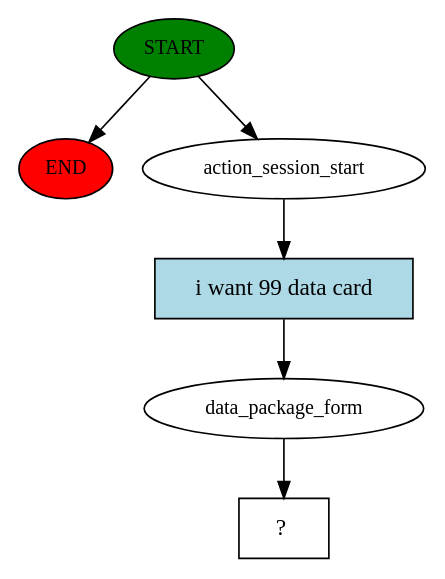
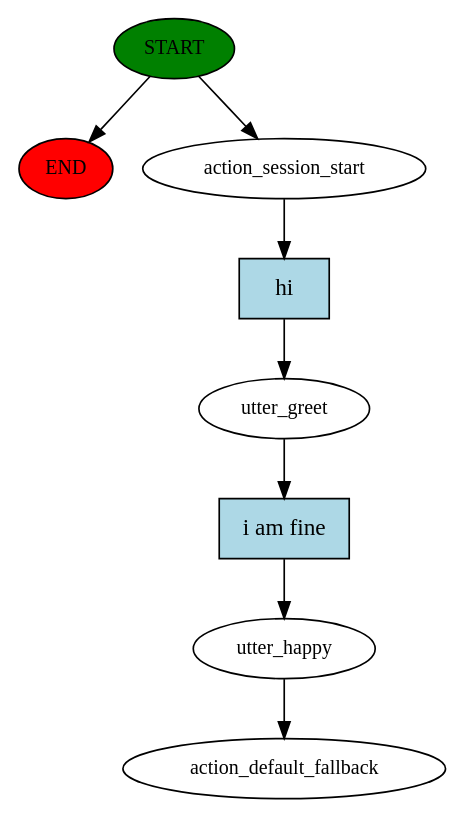
The diagram in Telecommunication/story_graph.dot (NLP-based-Chatbot/NLP), drawn with Graphviz before and after one commit. The commit also changed 6 other files, not shown here.

```diff
--- a/Telecommunication/story_graph.dot
+++ b/Telecommunication/story_graph.dot
@@ -1,13 +1,17 @@
 digraph  {
 0 [class="start active", fillcolor=green, fontsize=12, label=START, style=filled];
 "-1" [class=end, fillcolor=red, fontsize=12, label=END, style=filled];
 1 [class=active, fontsize=12, label=action_session_start];
-2 [class=active, fontsize=12, label=data_package_form];
-3 [class="intent dashed active", label="  ?  ", shape=rect];
-4 [class="intent active", fillcolor=lightblue, label="i want 99 data card", shape=rect, style=filled];
+2 [class=active, fontsize=12, label=utter_greet];
+3 [class=active, fontsize=12, label=utter_happy];
+4 [class="dashed active", fontsize=12, label=action_default_fallback];
+5 [class="intent active", fillcolor=lightblue, label=hi, shape=rect, style=filled];
+6 [class="intent active", fillcolor=lightblue, label="i am fine", shape=rect, style=filled];
 0 -> "-1"  [class="", key=NONE, label=""];
 0 -> 1  [class=active, key=NONE, label=""];
-1 -> 4  [class=active, key=0];
-2 -> 3  [class=active, key=NONE, label=""];
-4 -> 2  [class=active, key=0];
+1 -> 5  [class=active, key=0];
+2 -> 6  [class=active, key=0];
+3 -> 4  [class=active, key=NONE, label=""];
+5 -> 2  [class=active, key=0];
+6 -> 3  [class=active, key=0];
 }
```
